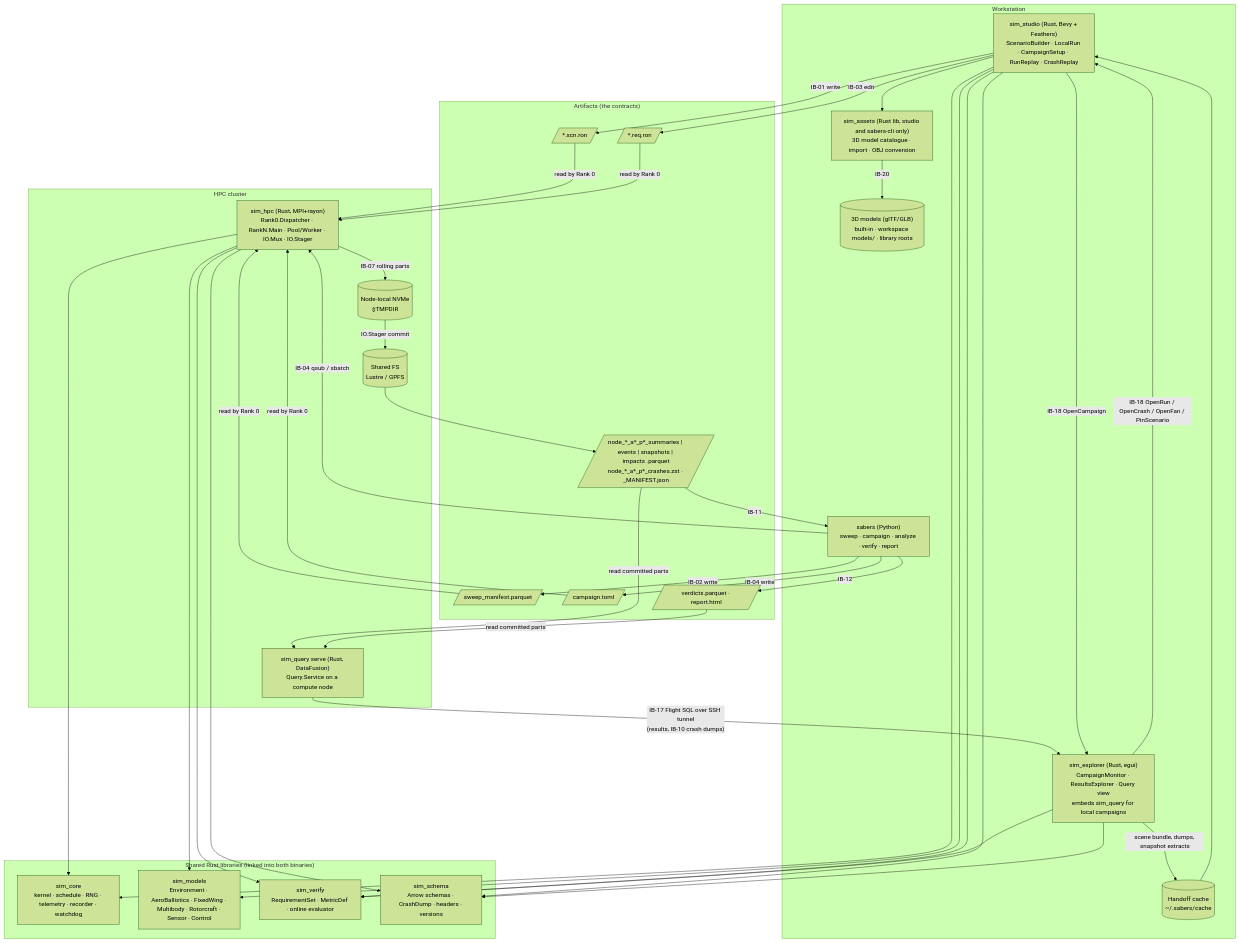
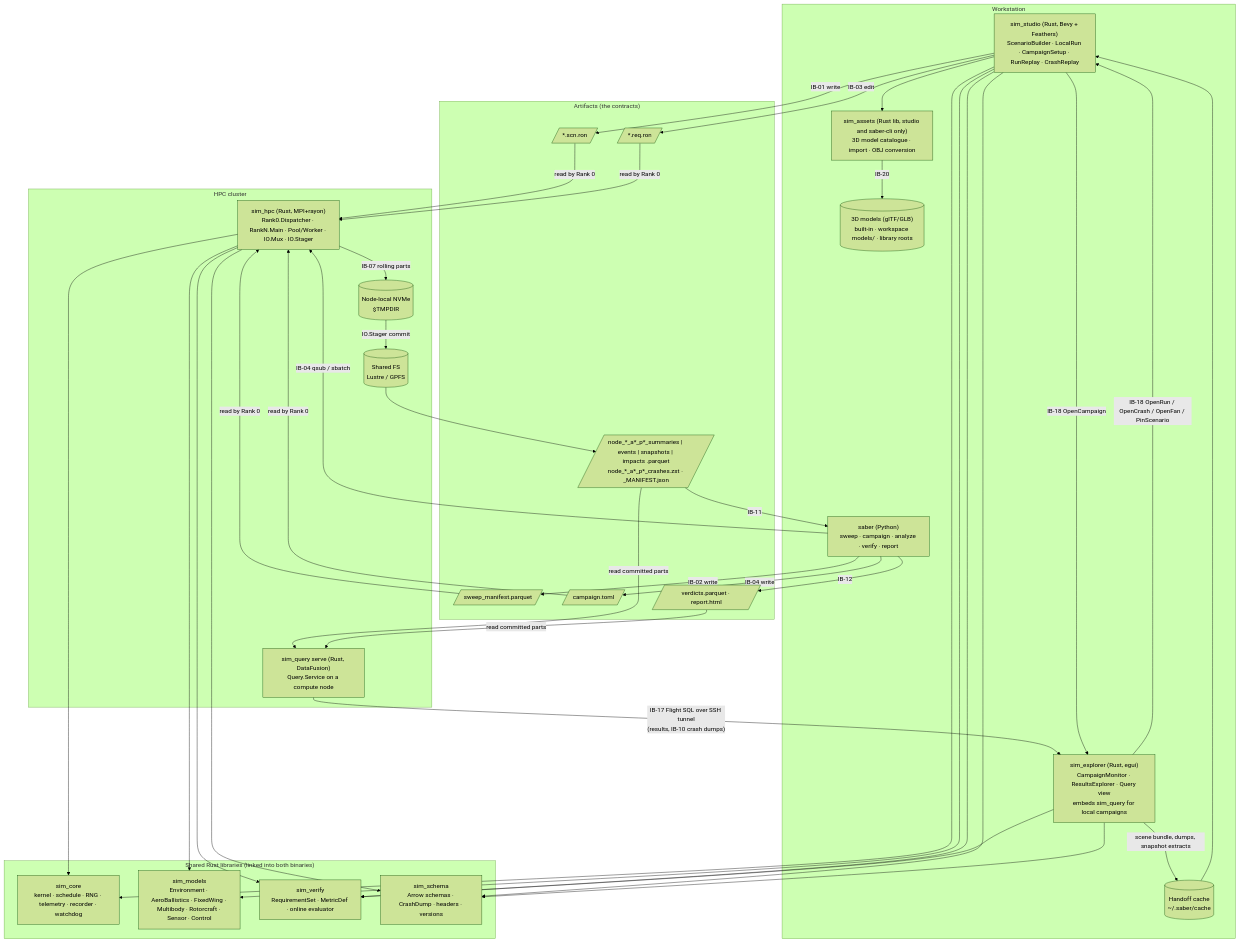
One commit to Schmiedium/SABER changed the second of 18 diagrams in docs/design/subsystems-and-interfaces.md. Above: the diagram before and after it, drawn with Mermaid (forest theme). The commit also changed other lines of this file and 6 other files, not shown here.

First line of the commit message:
Rename sabers identifiers to saber across the design docs (D18)

````diff
--- a/docs/design/subsystems-and-interfaces.md
+++ b/docs/design/subsystems-and-interfaces.md
@@ -136,55 +138,55 @@
 ```mermaid
 flowchart TB
     subgraph WS["Workstation"]
         studio["sim_studio (Rust, Bevy + Feathers)<br/>ScenarioBuilder · LocalRun · CampaignSetup · RunReplay · CrashReplay"]
         explorer["sim_explorer (Rust, egui)<br/>CampaignMonitor · ResultsExplorer · Query view<br/>embeds sim_query for local campaigns"]
-        cache[("Handoff cache<br/>~/.sabers/cache")]
-        assets["sim_assets (Rust lib, studio and sabers-cli only)<br/>3D model catalogue · import · OBJ conversion"]
+        cache[("Handoff cache<br/>~/.saber/cache")]
+        assets["sim_assets (Rust lib, studio and saber-cli only)<br/>3D model catalogue · import · OBJ conversion"]
         mdl[("3D models (glTF/GLB)<br/>built-in · workspace models/ · library roots")]
-        py["sabers (Python)<br/>sweep · campaign · analyze · verify · report"]
+        py["saber (Python)<br/>sweep · campaign · analyze · verify · report"]
     end
 
     subgraph LIBS["Shared Rust libraries (linked into both binaries)"]
         core["sim_core<br/>kernel · schedule · RNG · telemetry · recorder · watchdog"]
         models["sim_models<br/>Environment · AeroBallistics · FixedWing · Multibody · Rotorcraft · Sensor · Control"]
         verify["sim_verify<br/>RequirementSet · MetricDef · online evaluator"]
         schema["sim_schema<br/>Arrow schemas · CrashDump · headers · versions"]
     end
 
     subgraph CLUSTER["HPC cluster"]
         hpc["sim_hpc (Rust, MPI+rayon)<br/>Rank0.Dispatcher · RankN.Main · Pool/Worker · IO.Mux · IO.Stager"]
         nvme[("Node-local NVMe<br/>$TMPDIR")]
         shared[("Shared FS<br/>Lustre / GPFS")]
         qsvc["sim_query serve (Rust, DataFusion)<br/>Query.Service on a compute node"]
     end
 
     subgraph FILES["Artifacts (the contracts)"]
         scn[/"*.scn.ron"/]
         req[/"*.req.ron"/]
         man[/"sweep_manifest.parquet"/]
         camp[/"campaign.toml"/]
         res[/"node_*_a*_p*_summaries | events | snapshots | impacts .parquet<br/>node_*_a*_p*_crashes.zst · _MANIFEST.json"/]
         ver[/"verdicts.parquet · report.html"/]
     end
 
     studio --> core & models & verify & schema
     studio --> assets
     assets -- "IB-20" --> mdl
     hpc --> core & models & verify & schema
 
     studio -- "IB-01 write" --> scn
     studio -- "IB-03 edit" --> req
     py -- "IB-02 write" --> man
     py -- "IB-04 write" --> camp
     py -- "IB-04 qsub / sbatch" --> hpc
     camp & scn & req & man -- "read by Rank 0" --> hpc
     hpc -- "IB-07 rolling parts" --> nvme -- "IO.Stager commit" --> shared --> res
     res -- "IB-11" --> py
     py -- "IB-12" --> ver
     res & ver -- "read committed parts" --> qsvc
     qsvc -- "IB-17 Flight SQL over SSH tunnel<br/>(results, IB-10 crash dumps)" --> explorer
     explorer -- "IB-18 OpenRun / OpenCrash / OpenFan / PinScenario" --> studio
     studio -- "IB-18 OpenCampaign" --> explorer
     explorer -- "scene bundle, dumps, snapshot extracts" --> cache --> studio
     explorer --> verify & schema
 ```
````
